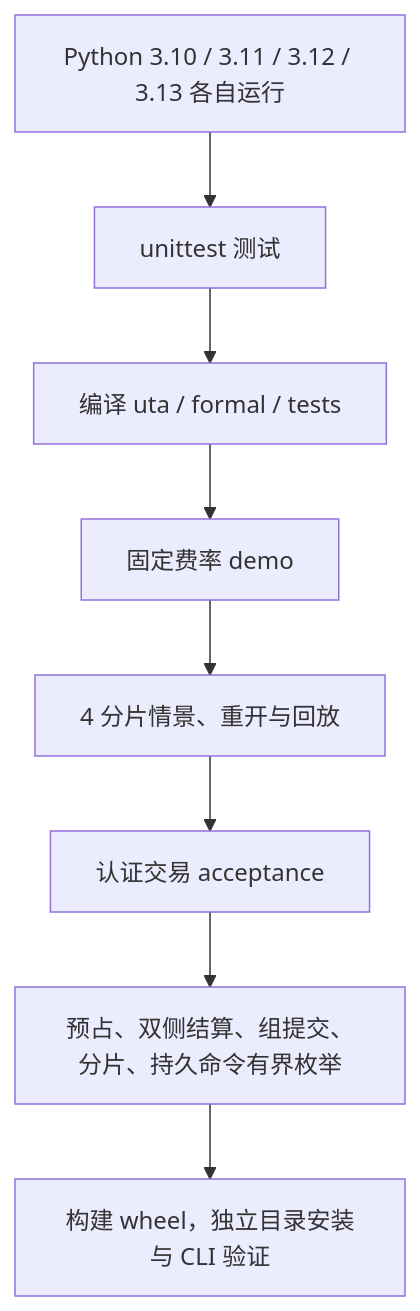
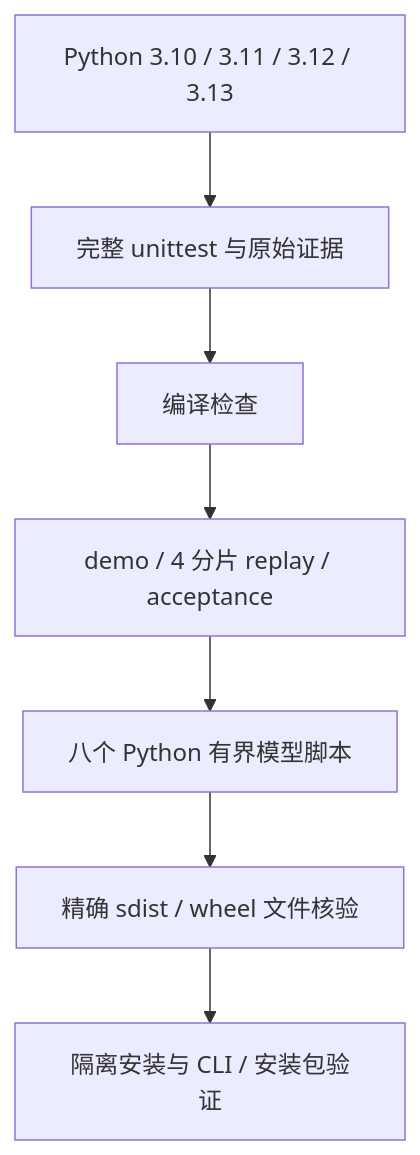
One commit to PureGamma-Harness/uta-unified-account changed the diagram in docs/verification.md. Above: the diagram before and after it, drawn with Mermaid. The commit also changed other lines of this file and 5 other files, not shown here.

````diff
--- a/docs/verification.md
+++ b/docs/verification.md
@@ -32,10 +32,9 @@
 ```mermaid
 flowchart TD
-    Matrix["Python 3.10 / 3.11 / 3.12 / 3.13 各自运行"] --> Tests["unittest 测试"]
-    Tests --> Compile["编译 uta / formal / tests"]
-    Compile --> Demo["固定费率 demo"]
-    Demo --> Scenario["4 分片情景、重开与回放"]
-    Scenario --> Acceptance["认证交易 acceptance"]
-    Acceptance --> Model["预占、双侧结算、组提交、分片、持久命令有界枚举"]
-    Model --> Wheel["构建 wheel，独立目录安装与 CLI 验证"]
+    Matrix["Python 3.10 / 3.11 / 3.12 / 3.13"] --> Tests["完整 unittest 与原始证据"]
+    Tests --> Compile["编译检查"]
+    Compile --> Scenarios["demo / 4 分片 replay / acceptance"]
+    Scenarios --> Models["八个 Python 有界模型脚本"]
+    Models --> Package["精确 sdist / wheel 文件核验"]
+    Package --> Installed["隔离安装与 CLI / 安装包验证"]
 ```
````
